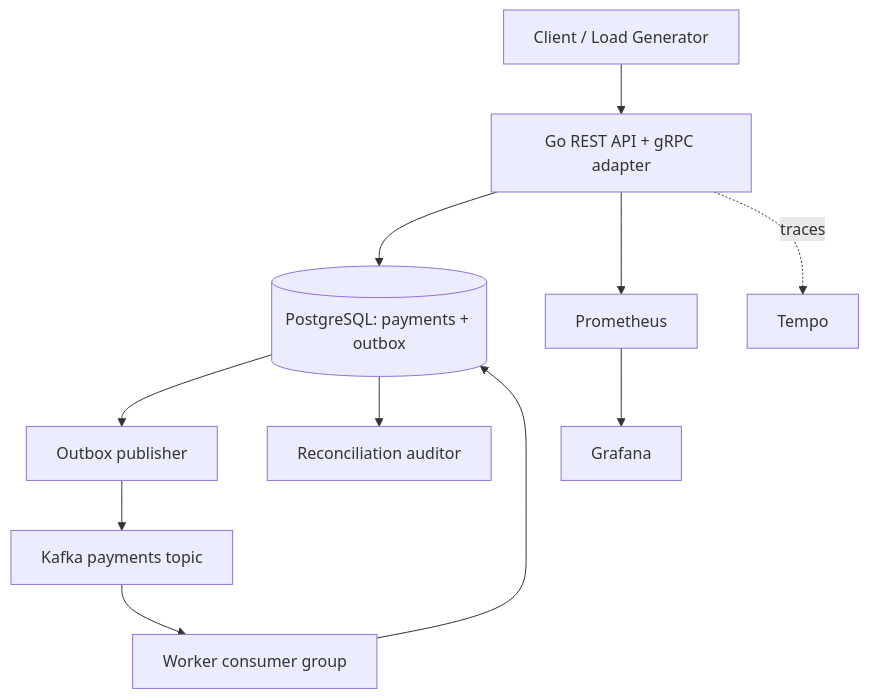
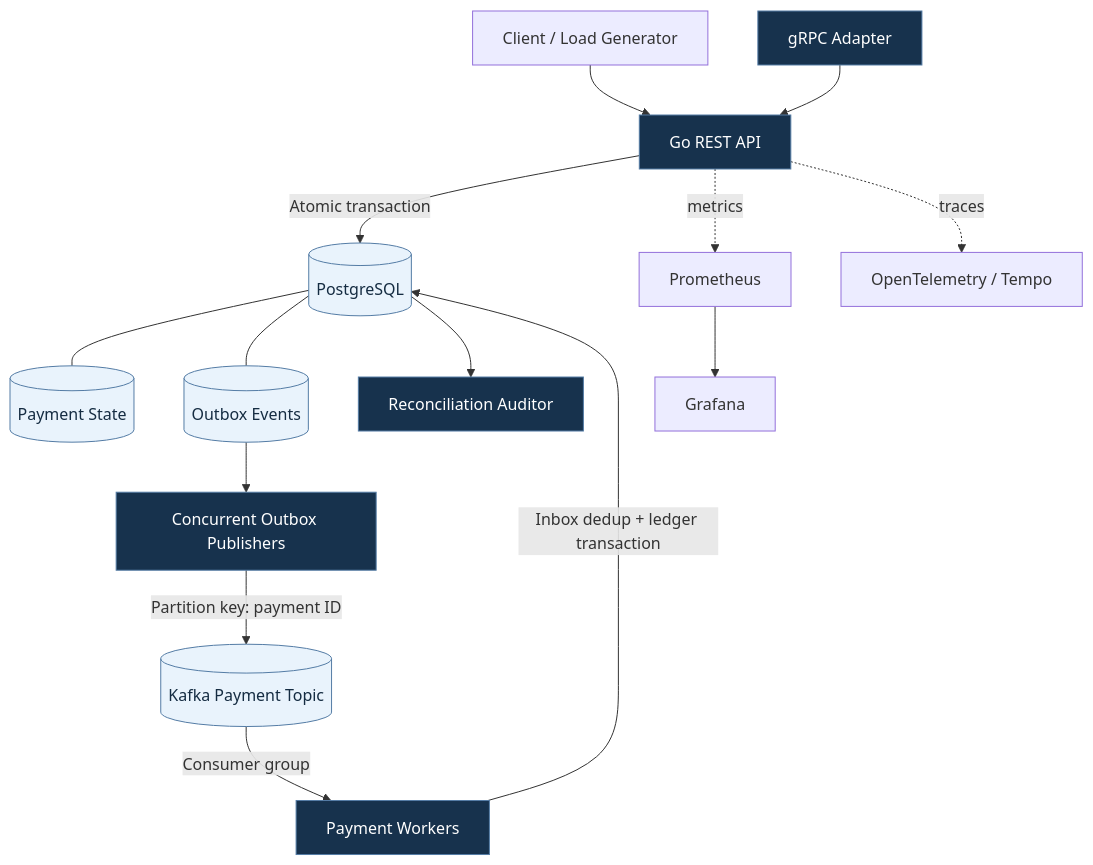
Before and after one commit to saiteja0367/nexora-payment-platform: the first of 4 diagrams in README.md, drawn with Mermaid. The commit also changed other lines of this file, not shown here.

````diff
--- a/README.md
+++ b/README.md
@@ -11,13 +33,20 @@
 ```mermaid
-flowchart TD
-  Client[Client / Load Generator] --> API[Go REST API + gRPC adapter]
-  API --> PG[(PostgreSQL: payments + outbox)]
-  PG --> PUB[Outbox publisher]
-  PUB --> K[Kafka payments topic]
-  K --> W[Worker consumer group]
-  W --> PG
-  PG --> R[Reconciliation auditor]
-  API --> PM[Prometheus]
-  PM --> G[Grafana]
-  API -. traces .-> T[Tempo]
+flowchart TB
+    Client[Client / Load Generator] --> API[Go REST API]
+    GRPC[gRPC Adapter] --> API
+    API -->|Atomic transaction| PG[(PostgreSQL)]
+    PG --- PAY[(Payment State)]
+    PG --- OUT[(Outbox Events)]
+    OUT --> PUB[Concurrent Outbox Publishers]
+    PUB -->|Partition key: payment ID| KAFKA[(Kafka Payment Topic)]
+    KAFKA -->|Consumer group| WORKER[Payment Workers]
+    WORKER -->|Inbox dedup + ledger transaction| PG
+    PG --> RECON[Reconciliation Auditor]
+    API -. metrics .-> PROM[Prometheus]
+    PROM --> GRAF[Grafana]
+    API -. traces .-> OTEL[OpenTelemetry / Tempo]
+    classDef service fill:#17324d,color:#fff,stroke:#547ca5
+    classDef data fill:#e9f3fc,color:#152c42,stroke:#547ca5
+    class API,GRPC,PUB,WORKER,RECON service
+    class PG,PAY,OUT,KAFKA data
 ```
````
